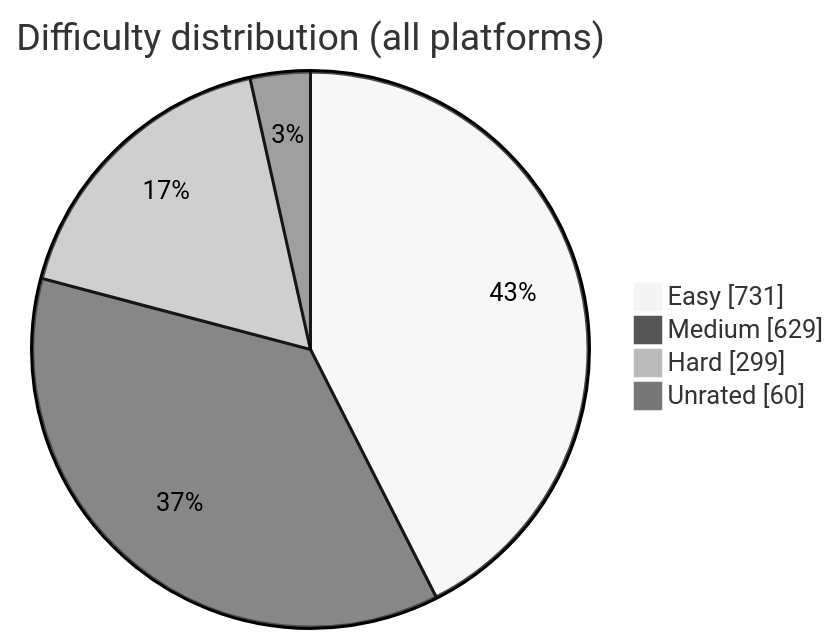
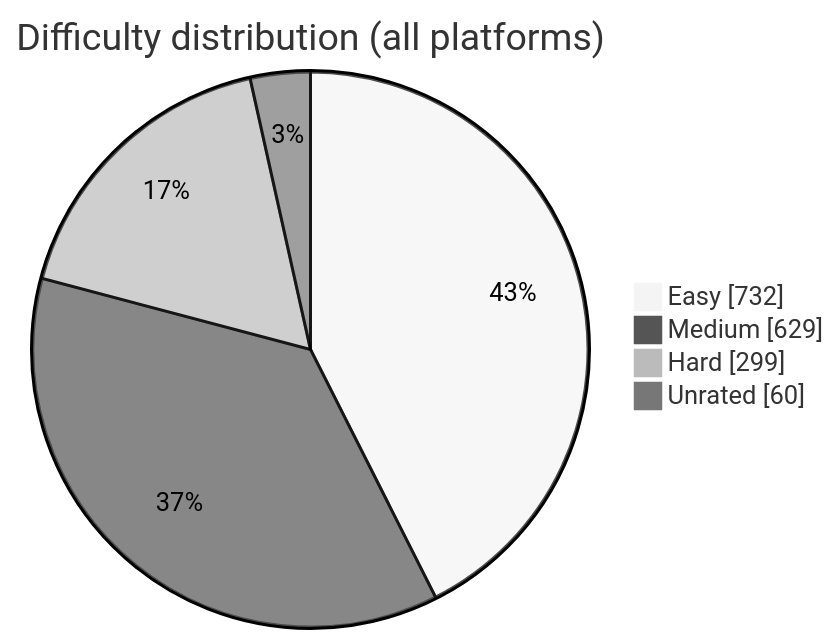
The diagram in README.md (BuildbyArindam/Daily-Coding-Log), drawn with Mermaid (neutral theme) before and after one commit. The commit also changed other lines of this file, not shown here.

````diff
--- a/README.md
+++ b/README.md
@@ -93,7 +93,7 @@
 ```mermaid
 pie showData title Difficulty distribution (all platforms)
-    "Easy" : 731
+    "Easy" : 732
     "Medium" : 629
     "Hard" : 299
     "Unrated" : 60
 ```
````
